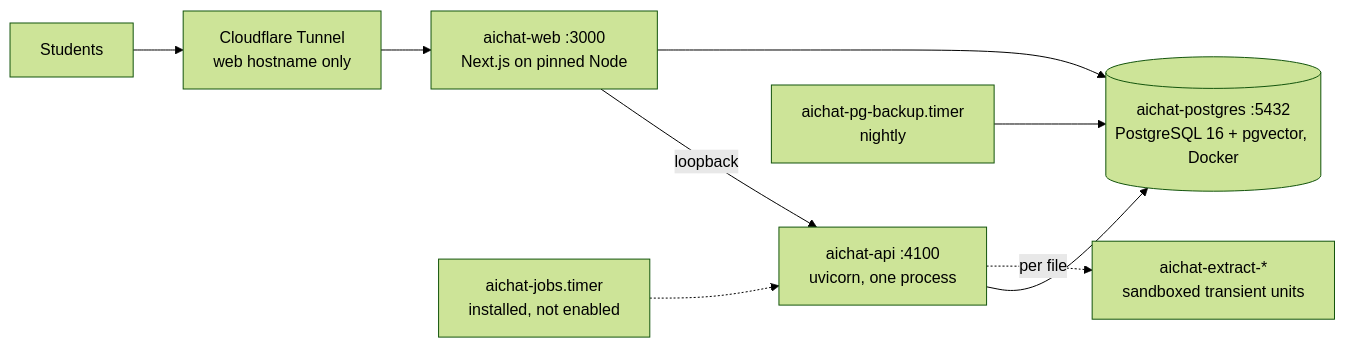
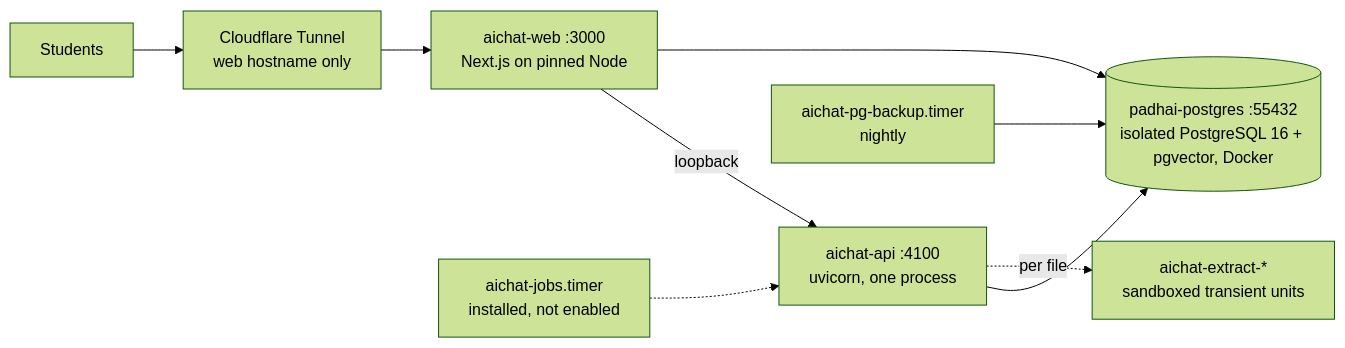
One commit to rockyNH703/AI-Tutor-NH changed the diagram in docs/operations.md. Above: the diagram before and after it, drawn with Mermaid (forest theme). The commit also changed 46 other files, not shown here.

````diff
--- a/docs/operations.md
+++ b/docs/operations.md
@@ -23,10 +23,10 @@
 ```mermaid
 flowchart LR
   U[Students] --> CF[Cloudflare Tunnel<br/>web hostname only] --> WEB[aichat-web :3000<br/>Next.js on pinned Node]
   WEB -->|loopback| API[aichat-api :4100<br/>uvicorn, one process]
-  API --> PG[(aichat-postgres :5432<br/>PostgreSQL 16 + pgvector, Docker)]
+  API --> PG[(padhai-postgres :55432<br/>isolated PostgreSQL 16 + pgvector, Docker)]
   WEB --> PG
   API -.->|per file| EX[aichat-extract-*<br/>sandboxed transient units]
   T1[aichat-pg-backup.timer<br/>nightly] --> PG
   T2[aichat-jobs.timer<br/>installed, not enabled] -.-> API
 ```
````
